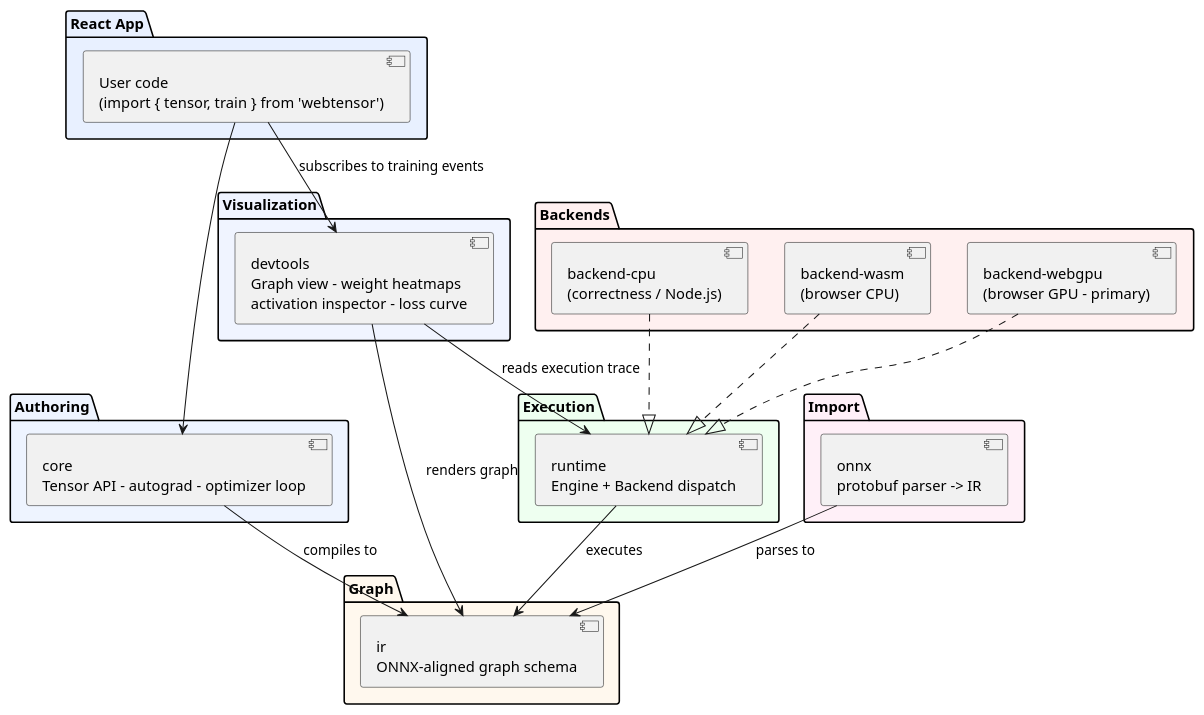
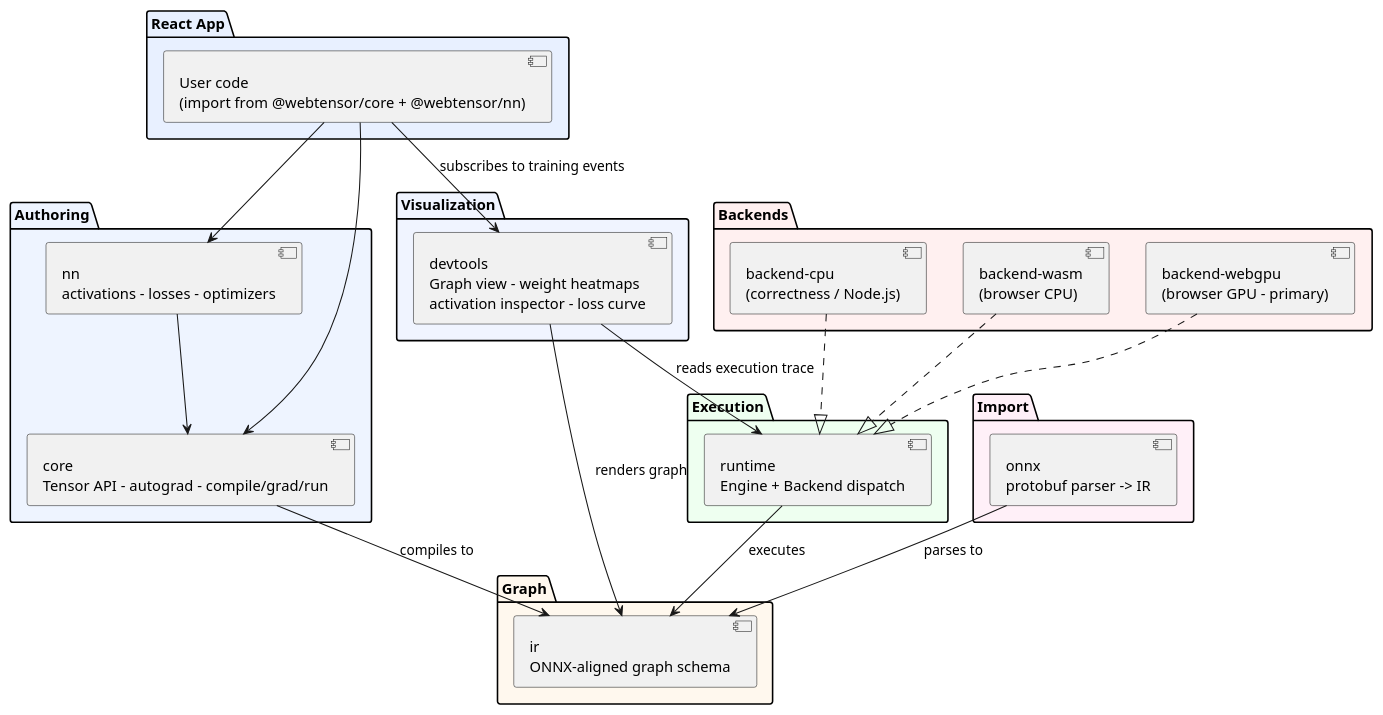
Before and after one commit to hongjiaherng/webtensor: the diagram in docs/diagrams/puml/target-architecture.puml, drawn with PlantUML. The commit also changed 21 other files, not shown here.

```diff
--- a/docs/diagrams/puml/target-architecture.puml
+++ b/docs/diagrams/puml/target-architecture.puml
@@ -1,44 +1,47 @@
 @startuml target-architecture
 
 package "React App" #E8F0FF {
-  [User code\n(import { tensor, train } from 'webtensor')] as usercode
+  [User code\n(import from @webtensor/core + @webtensor/nn)] as usercode
 }
 
 package "Authoring" #EEF4FF {
-  [core\nTensor API - autograd - optimizer loop] as core
+  [core\nTensor API - autograd - compile/grad/run] as core
+  [nn\nactivations - losses - optimizers] as nn
 }
 
 package "Import" #FFF0F8 {
   [onnx\nprotobuf parser -> IR] as onnx
 }
 
 package "Graph" #FFF8EE {
   [ir\nONNX-aligned graph schema] as ir
 }
 
 package "Execution" #EEFFF0 {
   [runtime\nEngine + Backend dispatch] as runtime
 }
 
 package "Backends" #FFF0F0 {
   [backend-cpu\n(correctness / Node.js)] as cpu
   [backend-wasm\n(browser CPU)] as wasm
   [backend-webgpu\n(browser GPU - primary)] as webgpu
 }
 
 package "Visualization" #F0F4FF {
   [devtools\nGraph view - weight heatmaps\nactivation inspector - loss curve] as devtools
 }
 
 usercode --> core
+usercode --> nn
+nn --> core
 usercode --> devtools : subscribes to training events
 core --> ir : compiles to
 onnx --> ir : parses to
 runtime --> ir : executes
 cpu ..|> runtime
 wasm ..|> runtime
 webgpu ..|> runtime
 devtools --> runtime : reads execution trace
 devtools --> ir : renders graph
 
 @enduml
```
